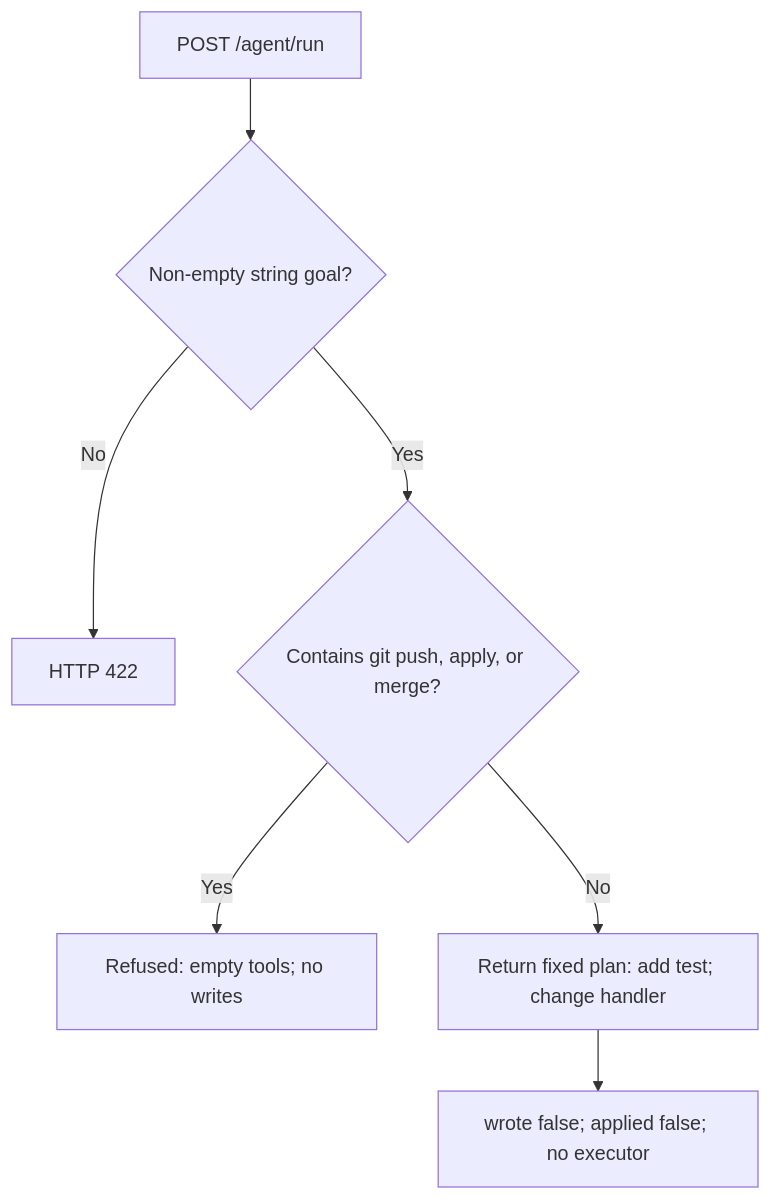
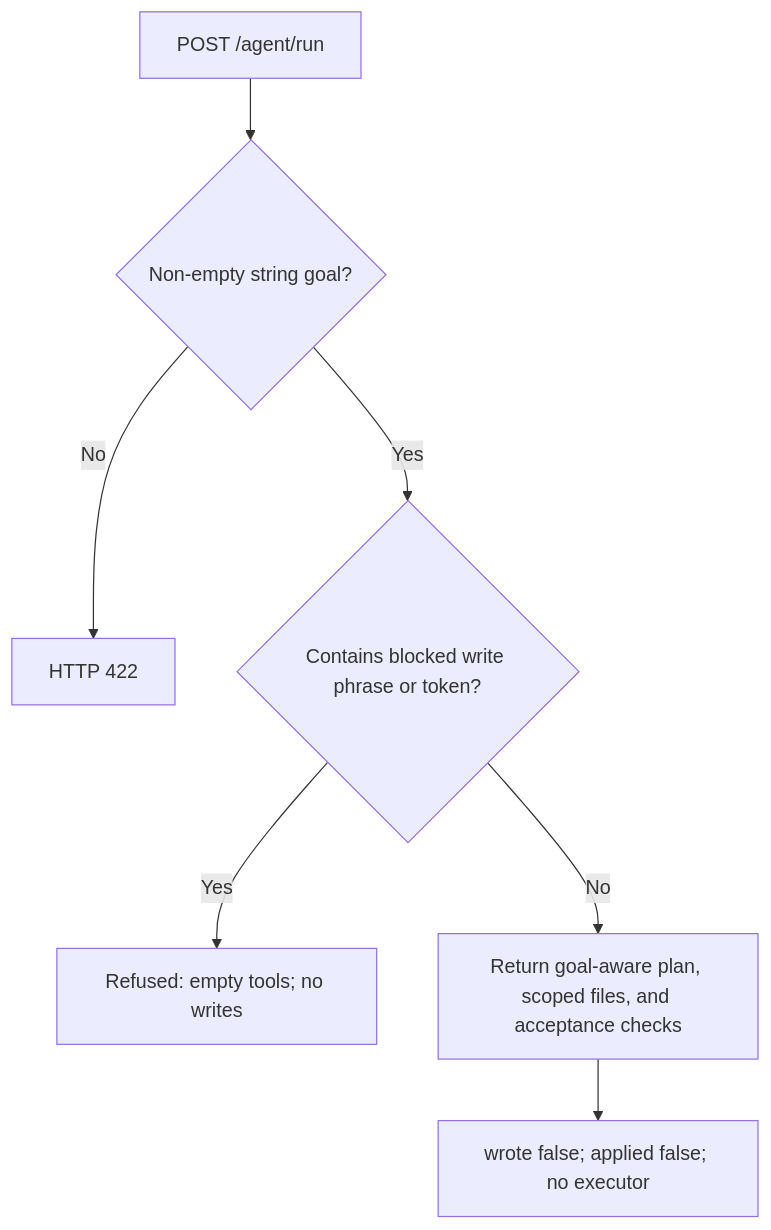
One commit to iarsingh/software-development-agent changed the first of 2 diagrams in docs/PROCESS_FLOW.md. Above: the diagram before and after it, drawn with Mermaid. The commit also changed other lines of this file and 13 other files, not shown here.

````diff
--- a/docs/PROCESS_FLOW.md
+++ b/docs/PROCESS_FLOW.md
@@ -7,9 +7,9 @@
 ```mermaid
 flowchart TD
   A["POST /agent/run"] --> B{"Non-empty string goal?"}
   B -->|"No"| E["HTTP 422"]
-  B -->|"Yes"| C{"Contains git push, apply, or merge?"}
+  B -->|"Yes"| C{"Contains blocked write phrase or token?"}
   C -->|"Yes"| R["Refused: empty tools; no writes"]
-  C -->|"No"| P["Return fixed plan: add test; change handler"]
+  C -->|"No"| P["Return goal-aware plan, scoped files, and acceptance checks"]
   P --> O["wrote false; applied false; no executor"]
 ```
````
